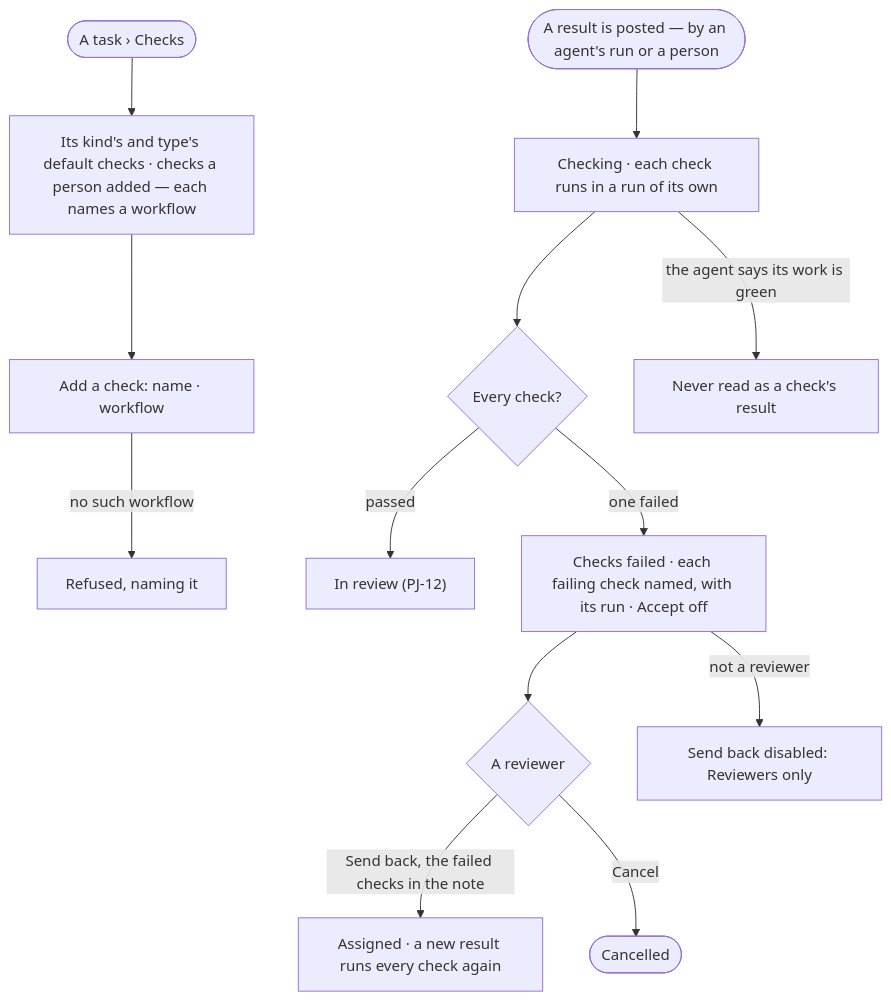
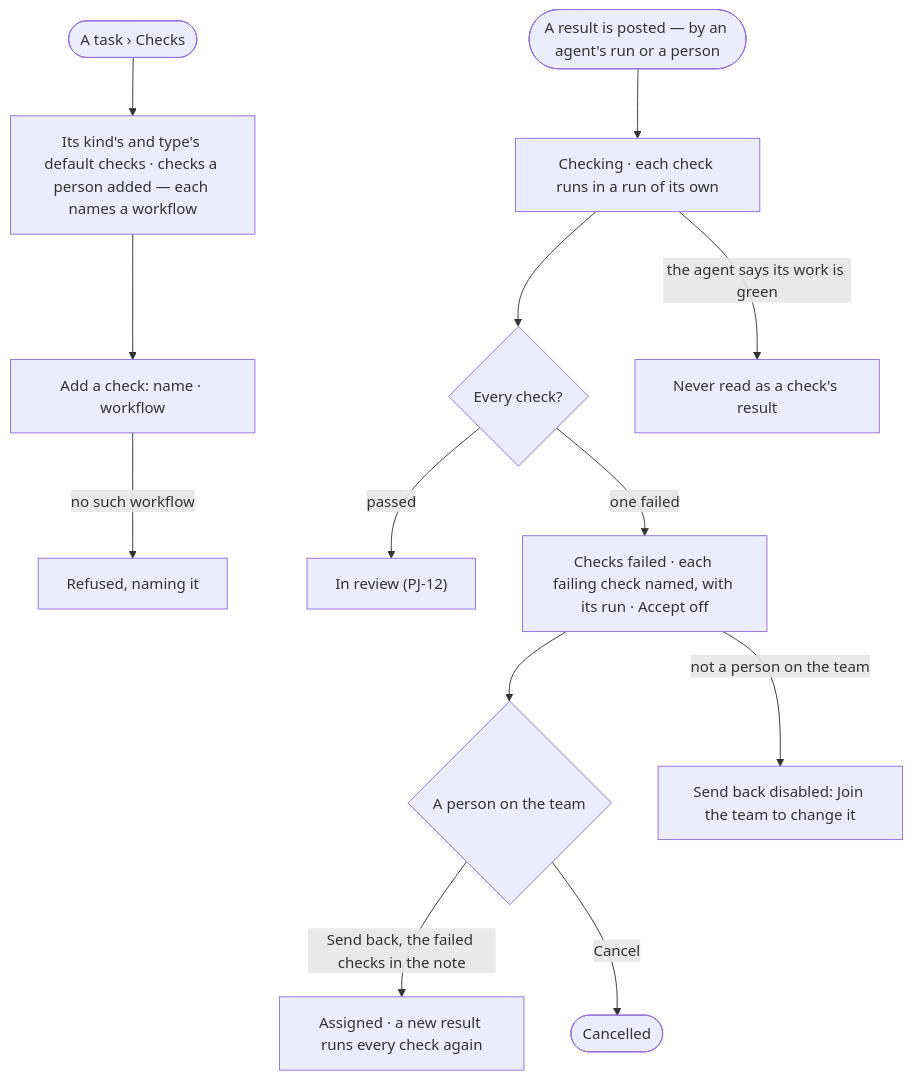
The first of 2 diagrams in specs/capabilities/projects/features/PJ-F01-projects-and-tasks/stories/PJ-25-gate-a-task-on-its-checks/story.md (invana/invana), drawn with Mermaid before and after one commit. The commit also changed other lines of this file and 106 other files, not shown here.

````diff
--- a/specs/capabilities/projects/features/PJ-F01-projects-and-tasks/stories/PJ-25-gate-a-task-on-its-checks/story.md
+++ b/specs/capabilities/projects/features/PJ-F01-projects-and-tasks/stories/PJ-25-gate-a-task-on-its-checks/story.md
@@ -31,15 +31,15 @@
 ```mermaid
 flowchart TD
   s([A task › Checks]) --> d["Its kind's and type's default checks · checks a person added — each names a workflow"]
   d --> add["Add a check: name · workflow"]
   add -->|no such workflow| nw["Refused, naming it"]
   res([A result is posted — by an agent's run or a person]) --> ck["Checking · each check runs in a run of its own"]
   ck --> all{"Every check?"}
   all -->|passed| rv["In review (PJ-12)"]
   all -->|one failed| cf["Checks failed · each failing check named, with its run · Accept off"]
-  cf --> rvw{"A reviewer"}
+  cf --> rvw{"A person on the team"}
   rvw -->|Send back, the failed checks in the note| back["Assigned · a new result runs every check again"]
   rvw -->|Cancel| cn(["Cancelled"])
-  cf -->|not a reviewer| nr["Send back disabled: Reviewers only"]
+  cf -->|not a person on the team| nr["Send back disabled: Join the team to change it"]
   ck -->|the agent says its work is green| ignored["Never read as a check's result"]
 ```
````
